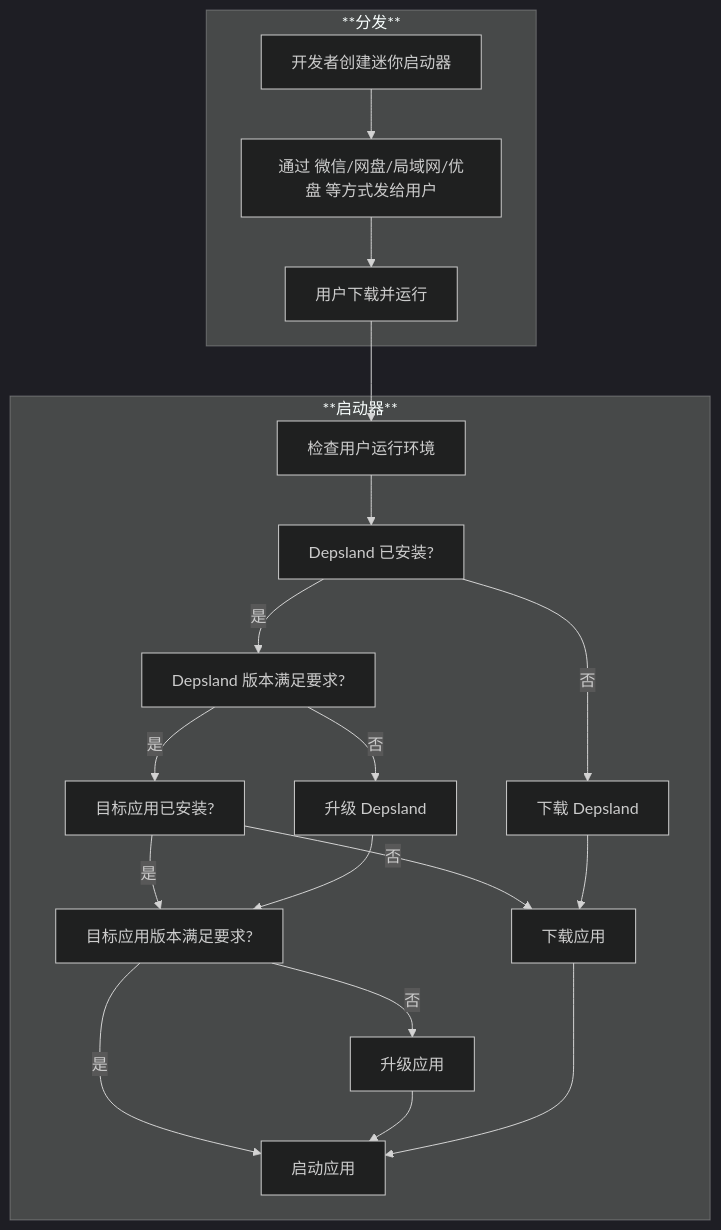
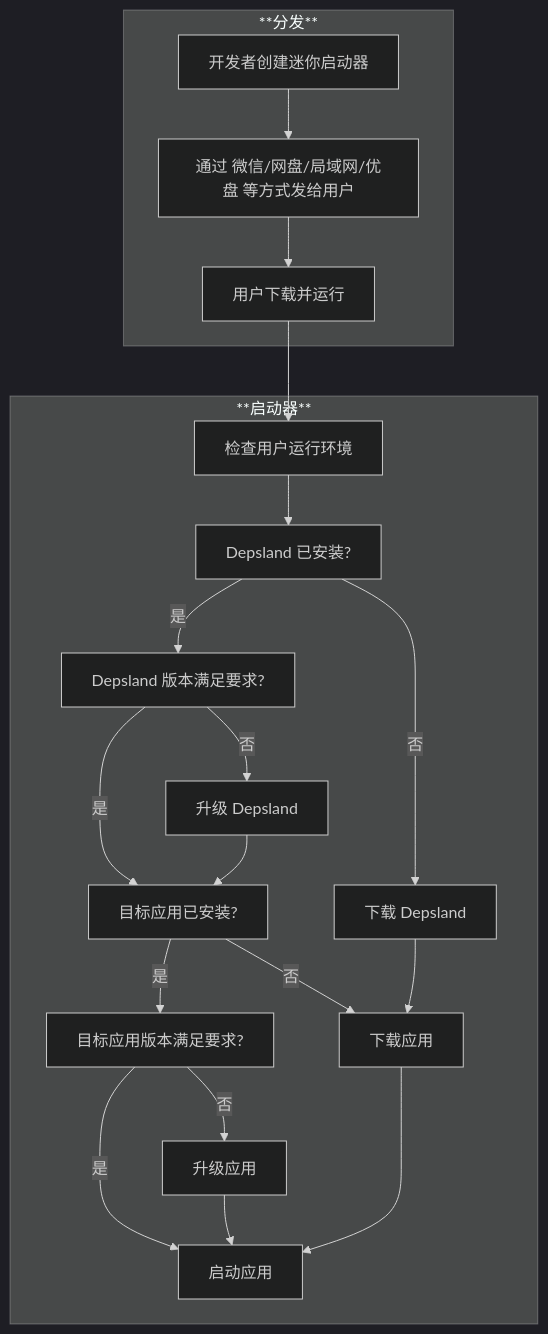
The diagram in wiki/docs/topics/mini-launcher.md (likianta/depsland), drawn with Mermaid (dark theme) before and after one commit. The commit also changed 6 other files, not shown here.

````diff
--- a/wiki/docs/topics/mini-launcher.md
+++ b/wiki/docs/topics/mini-launcher.md
@@ -13,39 +13,39 @@
 ```mermaid
 graph TB;
 
 A[开发者创建迷你启动器];
 B["通过 微信/网盘/局域网/优盘 等方式发给用户"];
 C[用户下载并运行];
 D[检查用户运行环境];
 E["Depsland 已安装?"];
 F["Depsland 版本满足要求?"];
 G[目标应用已安装?];
 H[目标应用版本满足要求?];
 I[启动应用];
 J[升级应用];
 K[下载应用];
 L["升级 Depsland"];
 M["下载 Depsland"];
 
 subgraph **分发**;
 A --> B;
 B --> C;
 end
 
 subgraph **启动器**;
 C --> D;
 D --> E;
 E -- 是 --> F;
 E -- 否 --> M;
 F -- 是 --> G;
 F -- 否 --> L;
 G -- 是 --> H;
 G -- 否 --> K;
 H -- 是 --> I;
 H -- 否 --> J;
 J --> I;
 K --> I;
-L --> H;
+L --> G;
 M --> K;
 end
 ```
````
